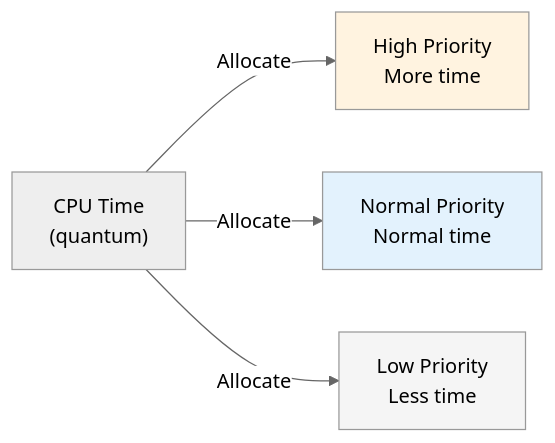
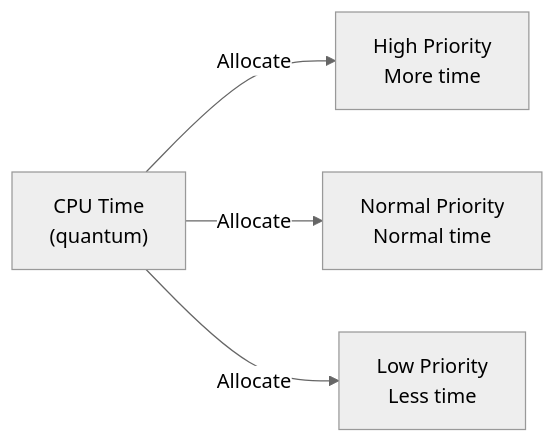
One commit to nitinkc/MultithreadingLearningHub changed the diagram in docs/theory/06-thread-priority.md. Above: the diagram before and after it, drawn with Mermaid (neutral theme). The commit also changed other lines of this file and 27 other files, not shown here.

````diff
--- a/docs/theory/06-thread-priority.md
+++ b/docs/theory/06-thread-priority.md
@@ -168,15 +168,12 @@
 ```mermaid
 graph LR
     CPU["CPU Time<br/>(quantum)"]
     H["High Priority<br/>More time"]
     M["Normal Priority<br/>Normal time"]
     L["Low Priority<br/>Less time"]
     
     CPU -->|Allocate| H
     CPU -->|Allocate| M
     CPU -->|Allocate| L
-    
-    style H fill:#fff3e0
-    style M fill:#e3f2fd
-    style L fill:#f5f5f5
+
 ```
````
